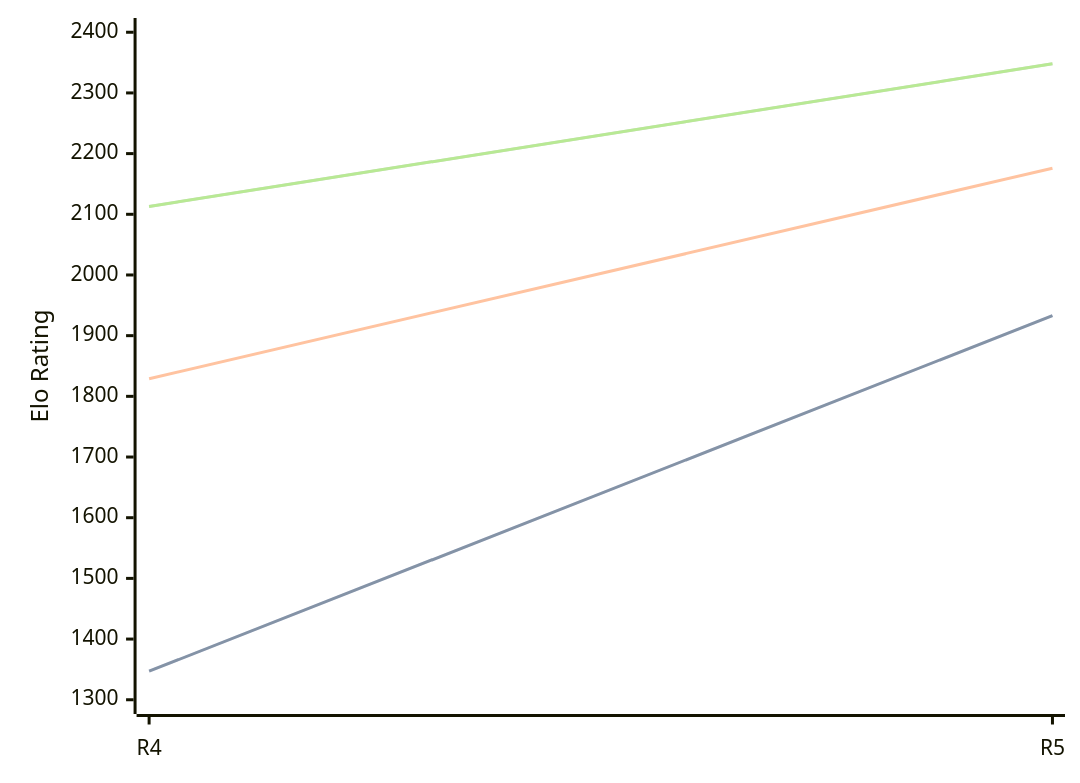
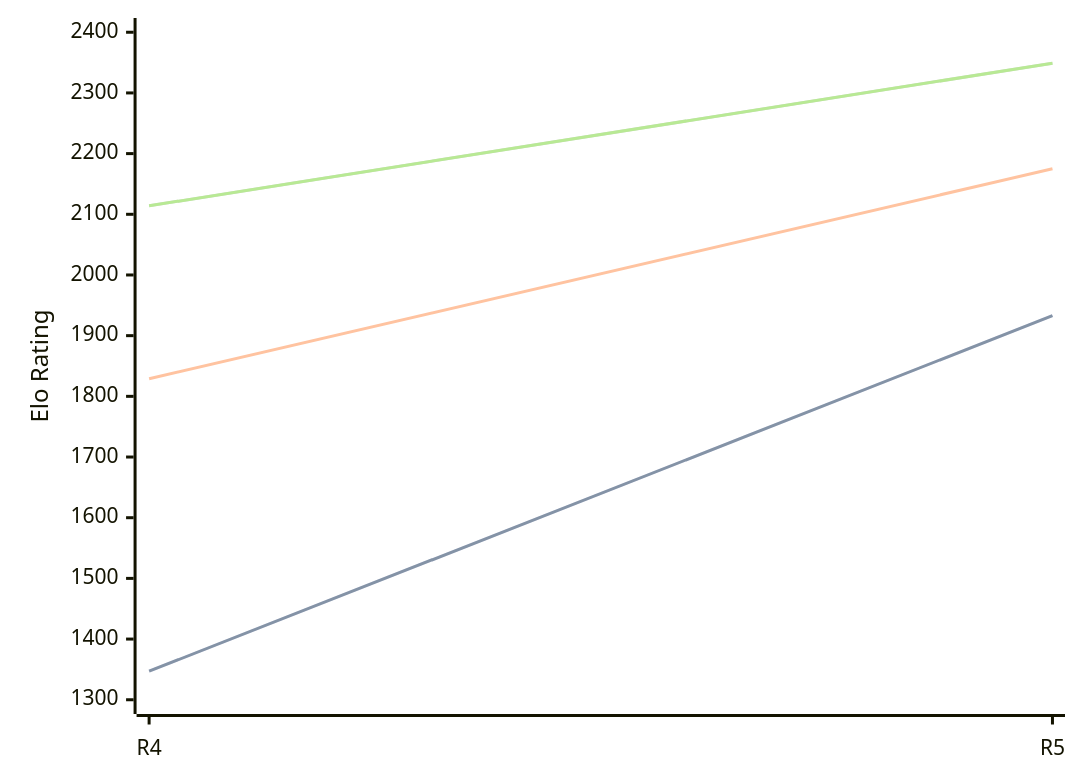
One commit to computer-chess-index/cci changed the diagram in engines/Viking.md. Above: the diagram before and after it, drawn with Mermaid. The commit also changed other lines of this file, not shown here.

Commit message:
Update CCI Ratings (ELO VLTC) - 2026-05-21

````diff
--- a/engines/Viking.md
+++ b/engines/Viking.md
@@ -35,11 +35,11 @@
 ```mermaid
 %%{init: {"theme":"base","themeVariables":{"seriesColors:['#a3a3a3','#222221','#faa371']}}}%%
 xychart-beta
   x-axis ["R4", "R5"]
   y-axis "Elo Rating" 1300 --> 2400
   line "STC (8.0+0.08s)" [1347, 1933]
   line "STC (8.0+0.08s)" [1347, 1933]
-  line "LTC (60.0+0.60s)" [1829, 2176]
-  line "VLTC (2m24s+1.12s)" [2113, 2348]
-  line "VLTC (2m24s+1.12s)" [2113, 2348]
+  line "LTC (60.0+0.60s)" [1829, 2175]
+  line "VLTC (2m24s+1.12s)" [2114, 2349]
+  line "VLTC (2m24s+1.12s)" [2114, 2349]
 ```
````
